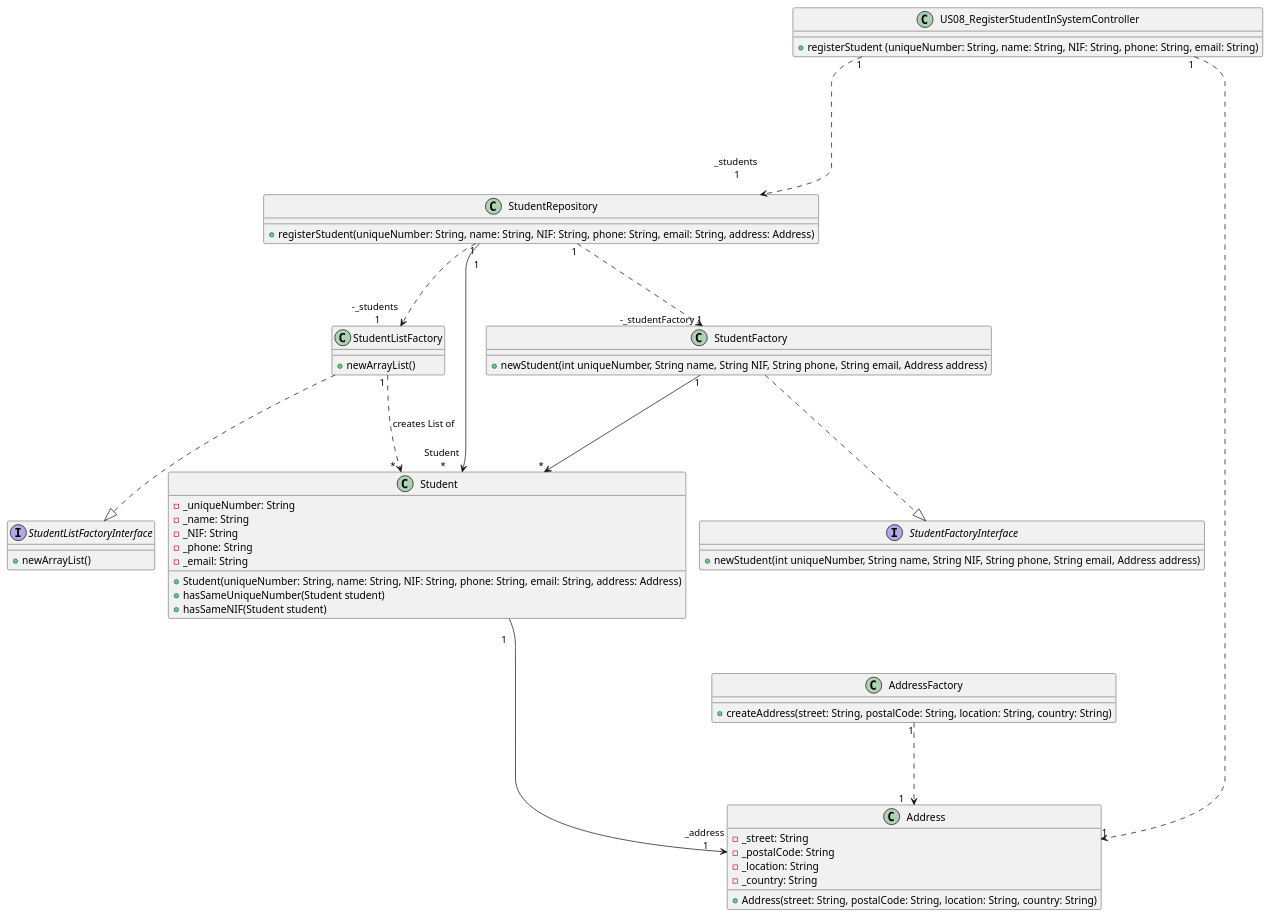
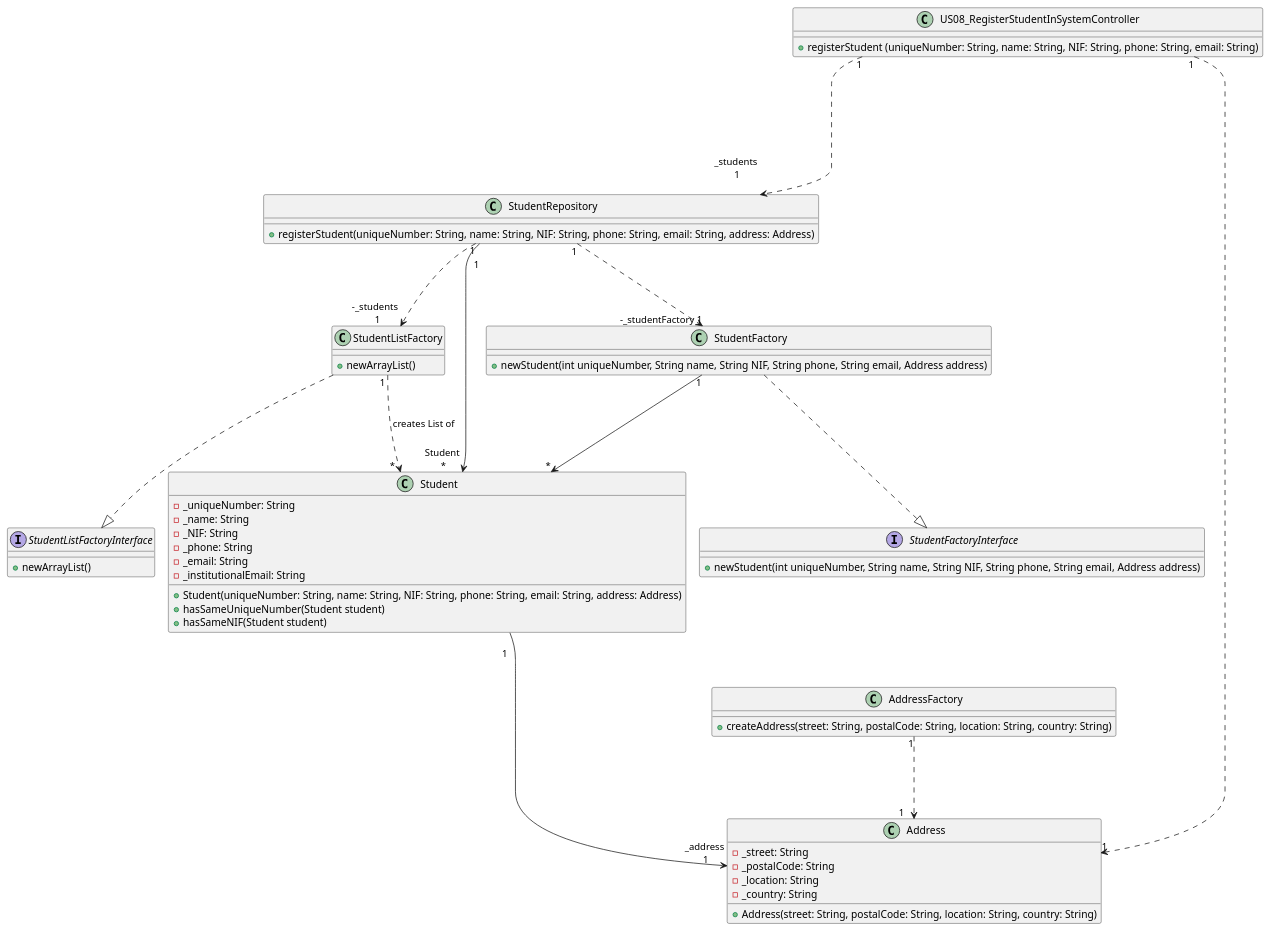
One commit to GasparISEP/DevOps-PAI changed the diagram in docs/US08/US08_RegisterStudentInSystem_ClassDiagram.puml. Above: the diagram before and after it, drawn with PlantUML. The commit also changed 3 other files, not shown here.

Commit message:
Added the InstitutionalEmail field to Student, generated using the Student's unique number, Closes #35

```diff
--- a/docs/US08/US08_RegisterStudentInSystem_ClassDiagram.puml
+++ b/docs/US08/US08_RegisterStudentInSystem_ClassDiagram.puml
@@ -1,64 +1,65 @@
 @startuml
 !pragma layout smetana
 'left to right direction
 
 class Student {
     -_uniqueNumber: String
     -_name: String
     -_NIF: String
     -_phone: String
     -_email: String
+    -_institutionalEmail: String
     +Student(uniqueNumber: String, name: String, NIF: String, phone: String, email: String, address: Address)
     +hasSameUniqueNumber(Student student)
     +hasSameNIF(Student student)
 }
 
 class StudentFactory {
     +newStudent(int uniqueNumber, String name, String NIF, String phone, String email, Address address)
 }
 
 interface StudentFactoryInterface {
     +newStudent(int uniqueNumber, String name, String NIF, String phone, String email, Address address)
 }
 
 class StudentListFactory {
     +newArrayList()
 }
 
 interface StudentListFactoryInterface {
     +newArrayList()
 }
 
 class StudentRepository {
     +registerStudent(uniqueNumber: String, name: String, NIF: String, phone: String, email: String, address: Address)
 }
 
 class Address {
      -_street: String
      -_postalCode: String
      -_location: String
      -_country: String
      +Address(street: String, postalCode: String, location: String, country: String)
 }
 
 class AddressFactory {
     +createAddress(street: String, postalCode: String, location: String, country: String)
 }
 
 class US08_RegisterStudentInSystemController{
     +registerStudent (uniqueNumber: String, name: String, NIF: String, phone: String, email: String)
 }
 
 AddressFactory "1" ....> "1    " Address
 Student "\n1 " ------> "_address \n1" Address
 StudentRepository "\n1" ------> "Student \n*" Student
 US08_RegisterStudentInSystemController "1" ......> "_students \n1\n" StudentRepository
 US08_RegisterStudentInSystemController "1" ......> "1" Address
 StudentFactory "1" ----> "*" Student
 StudentFactory ....|> StudentFactoryInterface
 StudentListFactory "1 " ....> " *  " Student: creates List of
 StudentListFactory ....|> StudentListFactoryInterface
 StudentRepository "1" ....> "-_studentFactory 1" StudentFactory
 StudentRepository "1" ....> "-_students \n 1" StudentListFactory
 
 @enduml
```
